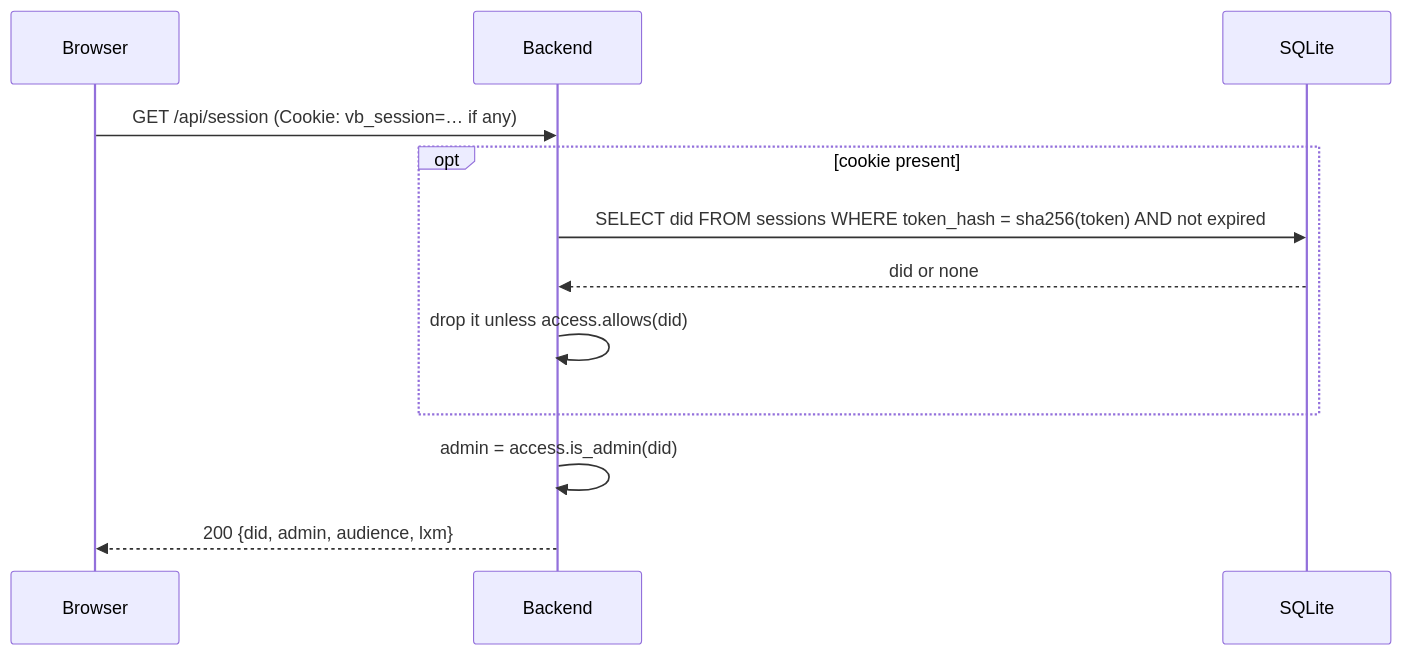
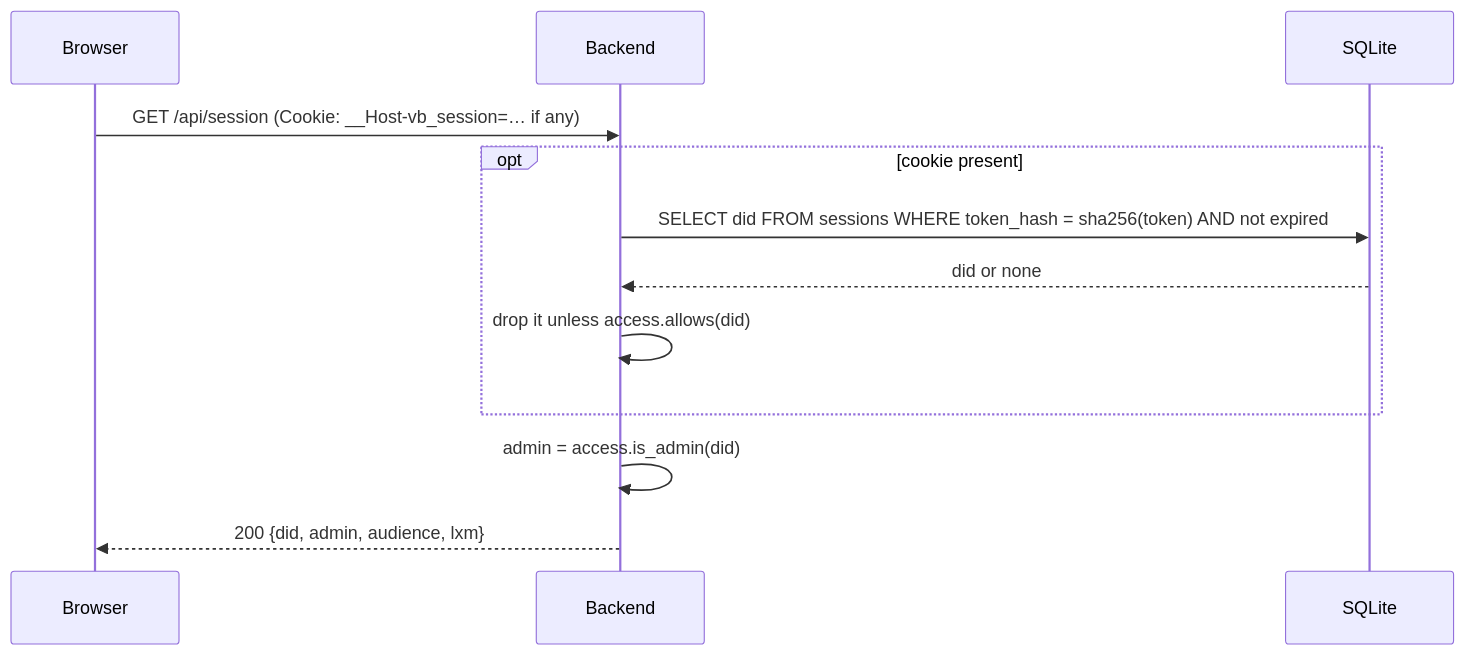
The diagram in docs/api/session-get.md (tessprime/voicebook.club), drawn with Mermaid before and after one commit. The commit also changed other lines of this file and 18 other files, not shown here.

````diff
--- a/docs/api/session-get.md
+++ b/docs/api/session-get.md
@@ -41,14 +41,14 @@
 ```mermaid
 sequenceDiagram
     participant B as Browser
     participant A as Backend
     participant D as SQLite
-    B->>A: GET /api/session (Cookie: vb_session=… if any)
+    B->>A: GET /api/session (Cookie: __Host-vb_session=… if any)
     opt cookie present
         A->>D: SELECT did FROM sessions WHERE token_hash = sha256(token) AND not expired
         D-->>A: did or none
         A->>A: drop it unless access.allows(did)
     end
     A->>A: admin = access.is_admin(did)
     A-->>B: 200 {did, admin, audience, lxm}
 ```
````
